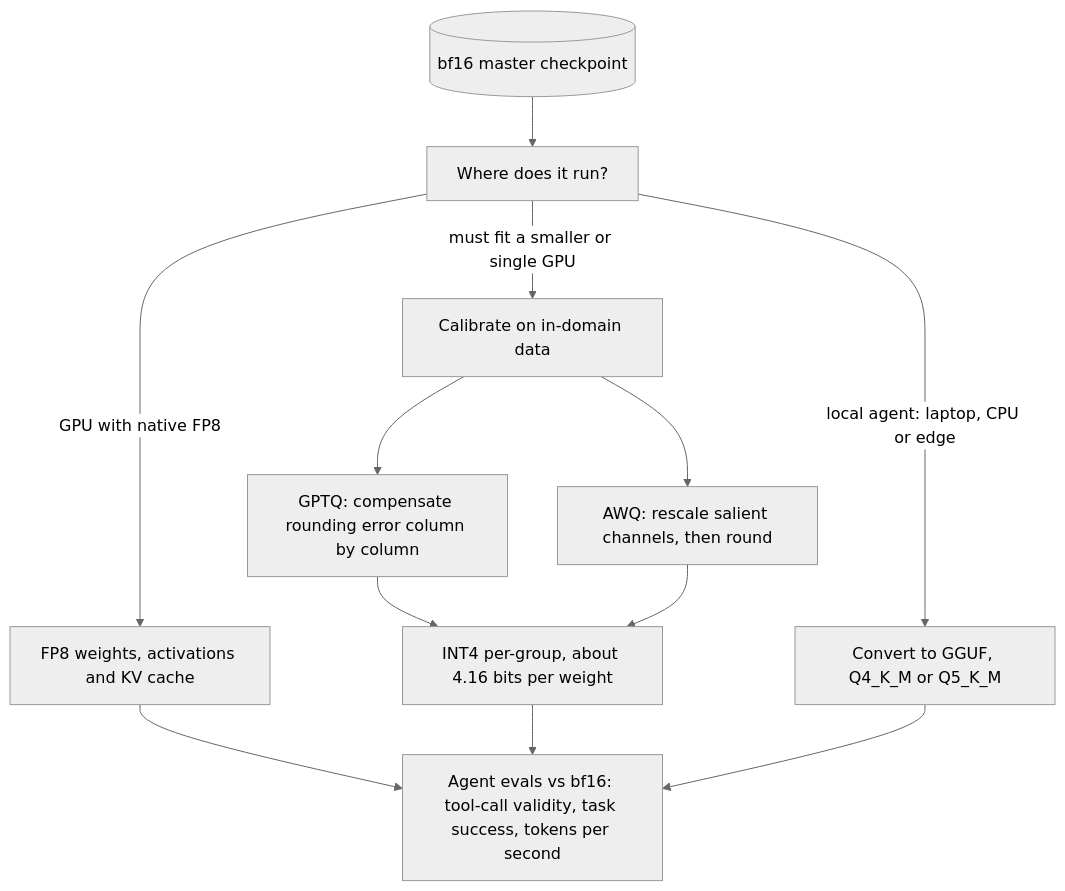
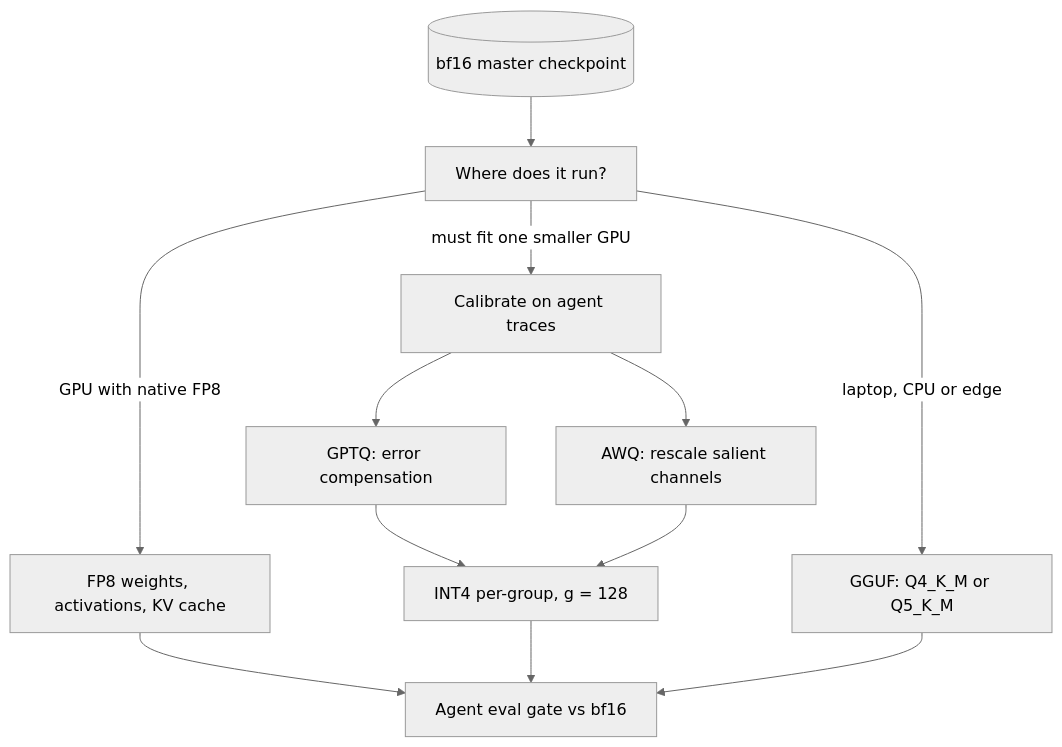
One commit to lovishmahajan97/agentic-learning changed the diagram in content/training-adaptation/quantization.md. Above: the diagram before and after it, drawn with Mermaid (neutral theme). The commit also changed other lines of this file and 454 other files, not shown here.

````diff
--- a/content/training-adaptation/quantization.md
+++ b/content/training-adaptation/quantization.md
@@ -172,14 +174,14 @@
 ```mermaid
 flowchart TD
     M[("bf16 master checkpoint")] --> T["Where does it run?"]
-    T -->|"GPU with native FP8"| F["FP8 weights, activations and KV cache"]
-    T -->|"must fit a smaller or single GPU"| C["Calibrate on in-domain data"]
-    C --> G["GPTQ: compensate rounding error column by column"]
-    C --> A["AWQ: rescale salient channels, then round"]
-    G --> I4["INT4 per-group, about 4.16 bits per weight"]
+    T -->|"GPU with native FP8"| F["FP8 weights, activations, KV cache"]
+    T -->|"must fit one smaller GPU"| C["Calibrate on agent traces"]
+    C --> G["GPTQ: error compensation"]
+    C --> A["AWQ: rescale salient channels"]
+    G --> I4["INT4 per-group, g = 128"]
     A --> I4
-    T -->|"local agent: laptop, CPU or edge"| U["Convert to GGUF, Q4_K_M or Q5_K_M"]
-    F --> E["Agent evals vs bf16: tool-call validity, task success, tokens per second"]
+    T -->|"laptop, CPU or edge"| U["GGUF: Q4_K_M or Q5_K_M"]
+    F --> E["Agent eval gate vs bf16"]
     I4 --> E
     U --> E
 ```
````
